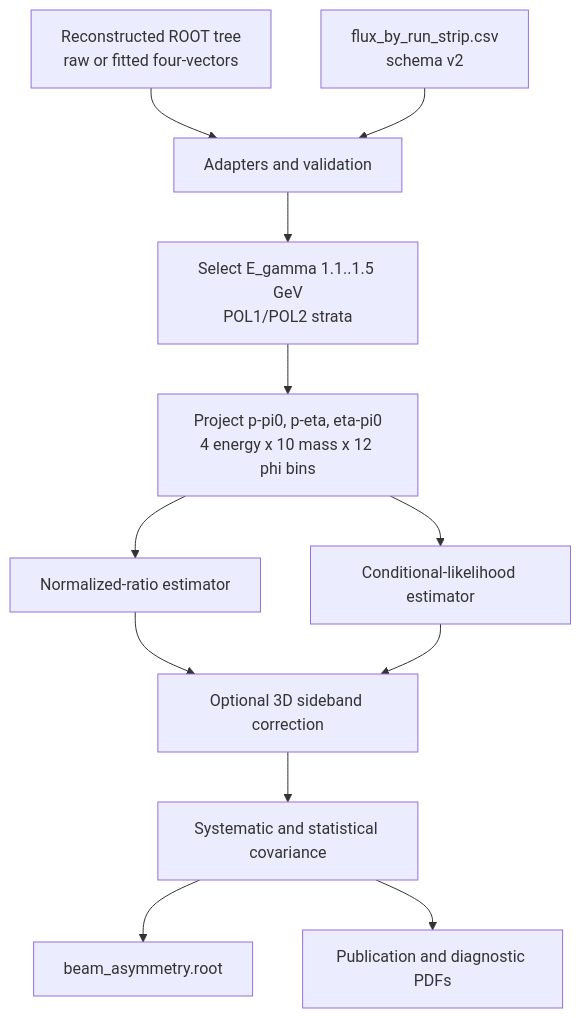
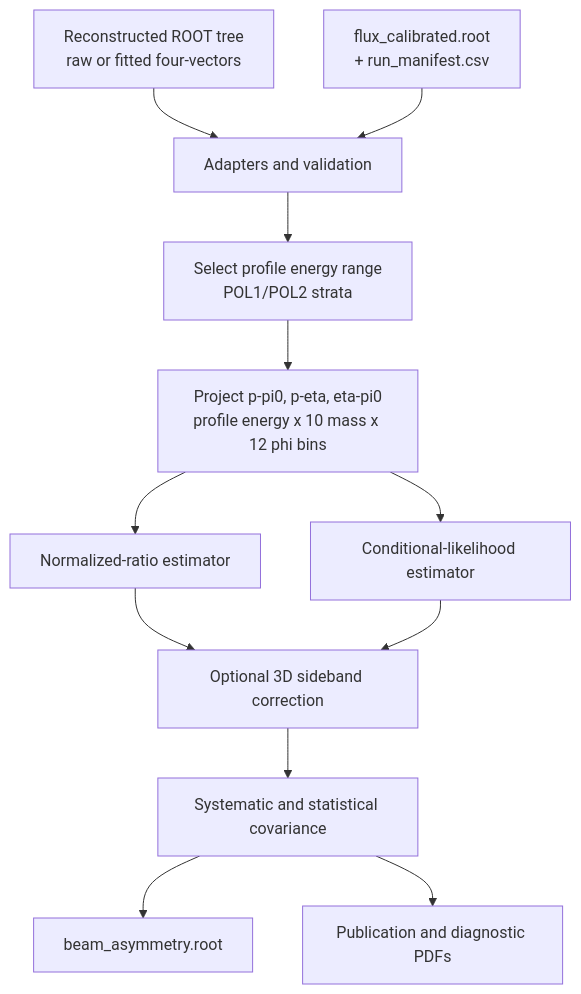
The diagram in wiki/07-observable-extraction.md (AntoninoFulci/GRAAL_Analysis), drawn with Mermaid before and after one commit. The commit also changed other lines of this file and 10 other files, not shown here.

````diff
--- a/wiki/07-observable-extraction.md
+++ b/wiki/07-observable-extraction.md
@@ -9,24 +9,24 @@
 ```mermaid
 flowchart TB
     E["Reconstructed ROOT tree<br/>raw or fitted four-vectors"]
-    X["flux_by_run_strip.csv<br/>schema v2"]
+    X["flux_calibrated.root<br/>+ run_manifest.csv"]
     A["Adapters and validation"]
-    B["Select E_gamma 1.1..1.5 GeV<br/>POL1/POL2 strata"]
-    K["Project p-pi0, p-eta, eta-pi0<br/>4 energy x 10 mass x 12 phi bins"]
+    B["Select profile energy range<br/>POL1/POL2 strata"]
+    K["Project p-pi0, p-eta, eta-pi0<br/>profile energy x 10 mass x 12 phi bins"]
     R["Normalized-ratio estimator"]
     L["Conditional-likelihood estimator"]
     C["Optional 3D sideband correction"]
     S["Systematic and statistical covariance"]
     O["beam_asymmetry.root"]
     P["Publication and diagnostic PDFs"]
     E --> A
     X --> A
     A --> B --> K
     K --> R
     K --> L
     R --> C
     L --> C
     C --> S
     S --> O
     S --> P
 ```
````
